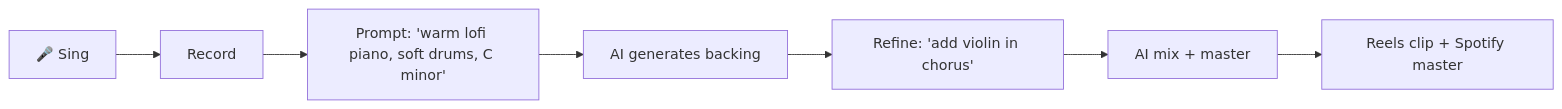
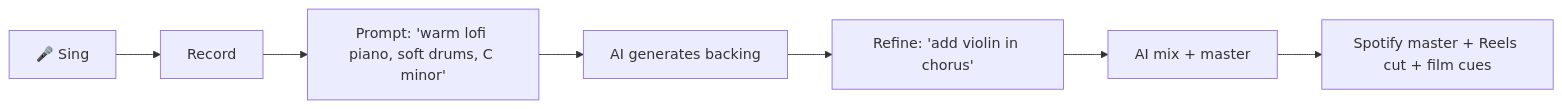
The diagram in README.md (sandeepsj/octave), drawn with Mermaid before and after one commit. The commit also changed other lines of this file and 1 other file, not shown here.

````diff
--- a/README.md
+++ b/README.md
@@ -31,9 +37,9 @@
 ```mermaid
 flowchart LR
   MIC[🎤 Sing] --> REC[Record]
   REC --> PROMPT[Prompt: 'warm lofi piano, soft drums, C minor']
   PROMPT --> AI[AI generates backing]
   AI --> REFINE[Refine: 'add violin in chorus']
   REFINE --> MIXMA[AI mix + master]
-  MIXMA --> EXPORT[Reels clip + Spotify master]
+  MIXMA --> EXPORT[Spotify master + Reels cut + film cues]
 ```
````
